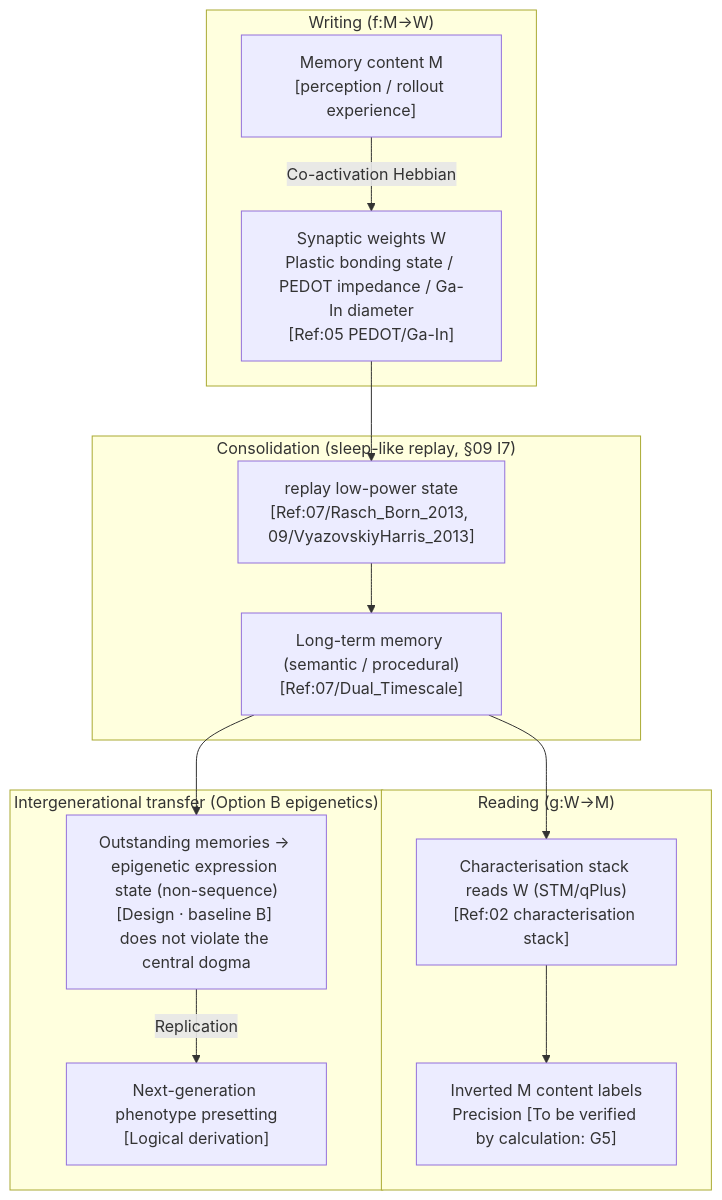
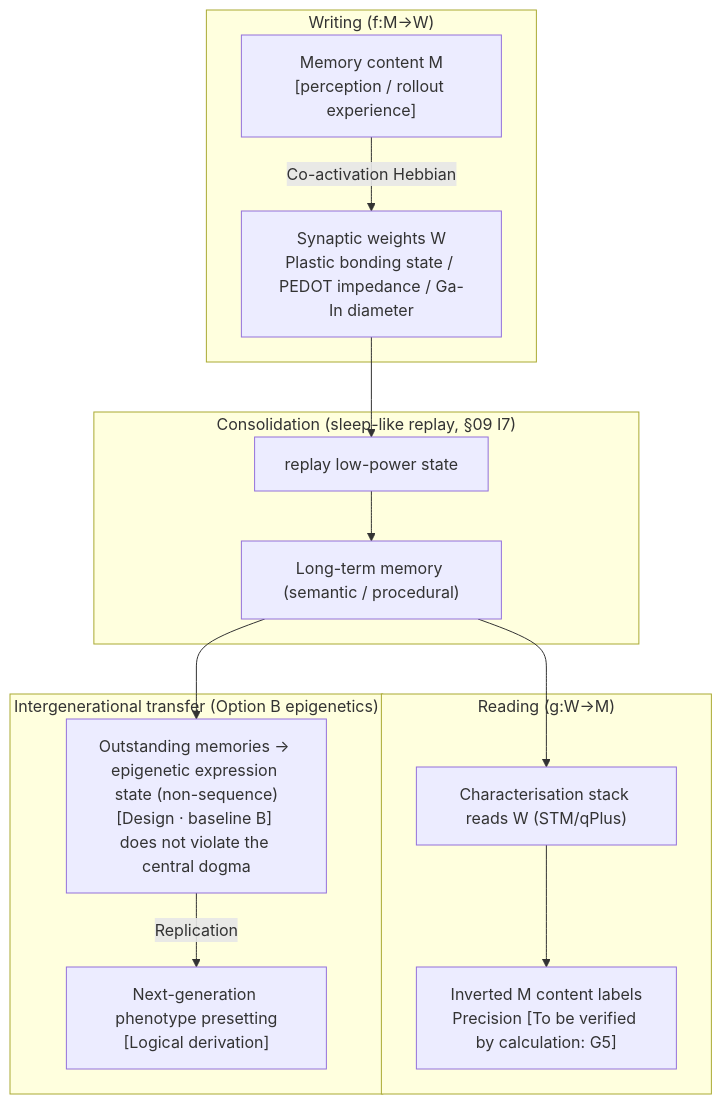
One commit to RichardASimon/Silicon-Biological-Blueprint changed the first of 2 diagrams in en-US/07-Memory-System.md. Above: the diagram before and after it, drawn with Mermaid. The commit also changed other lines of this file and 23 other files, not shown here.

First line of the commit message:
docs: improve report formatting, table balance and diagram captions

````diff
--- a/en-US/07-Memory-System.md
+++ b/en-US/07-Memory-System.md
@@ -127,29 +160,29 @@
 ```mermaid
 flowchart TB
     subgraph WRITE["Writing (f:M→W)"]
         M["Memory content M<br/>[perception / rollout experience]"]
-        W["Synaptic weights W<br/>Plastic bonding state / PEDOT impedance / Ga-In diameter<br/>[Ref:05 PEDOT/Ga-In]"]
+        W["Synaptic weights W<br/>Plastic bonding state / PEDOT impedance / Ga-In diameter<br/>"]
         M -->|Co-activation Hebbian| W
     end
 
     subgraph CONSOL["Consolidation (sleep-like replay, §09 I7)"]
-        R["replay low-power state<br/>[Ref:07/Rasch_Born_2013, 09/VyazovskiyHarris_2013]"]
-        L["Long-term memory (semantic / procedural)<br/>[Ref:07/Dual_Timescale]"]
+        R["replay low-power state<br/>"]
+        L["Long-term memory (semantic / procedural)<br/>"]
         R --> L
     end
 
     subgraph READ["Reading (g:W→M)"]
-        G["Characterisation stack reads W (STM/qPlus)<br/>[Ref:02 characterisation stack]"]
+        G["Characterisation stack reads W (STM/qPlus)<br/>"]
         MO["Inverted M content labels<br/>Precision [To be verified by calculation: G5]"]
         G --> MO
     end
 
     subgraph GENE["Intergenerational transfer (Option B epigenetics)"]
         B["Outstanding memories → epigenetic expression state (non-sequence)<br/>[Design · baseline B] does not violate the central dogma"]
         B -->|Replication| NEXT["Next-generation phenotype presetting<br/>[Logical derivation]"]
     end
 
     W --> R
     L --> G
     L --> B
 ```
````
